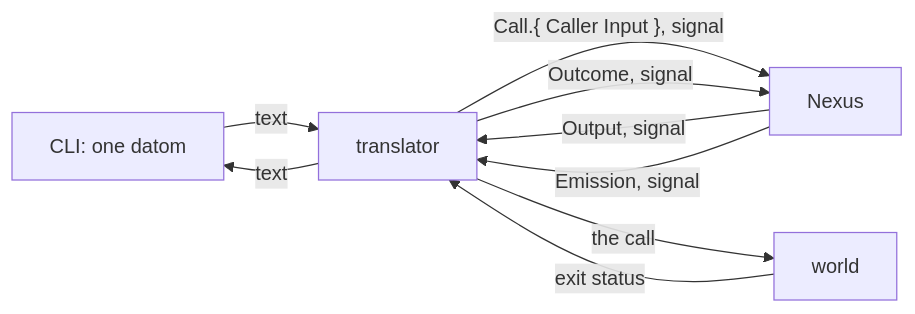
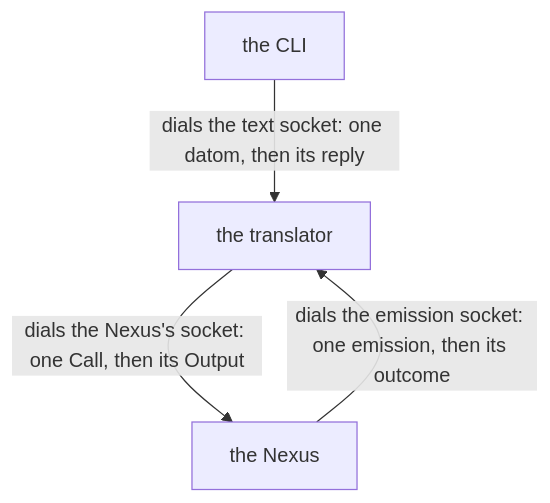
One commit to LiGoldragon/psyche-belief changed the sixth of 13 diagrams in vision/nexus/1.md. Above: the diagram before and after it, drawn with Mermaid. The commit also changed other lines of this file and 3 other files, not shown here.

First line of the commit message:
vision/nexus/1, vision/nexus/0, vision/ethos/0, vision/code/0: the translator talks for its Nexus to the world that speaks no Signal; emission, connection, CLI, trace (Translator.2, approved by the living)

````diff
--- a/vision/nexus/1.md
+++ b/vision/nexus/1.md
@@ -37,11 +115,6 @@
 ```mermaid
-flowchart LR
-    c["CLI: one datom"] -- "text" --> t["translator"]
-    t -- "Call.{ Caller Input }, signal" --> n["Nexus"]
-    n -- "Output, signal" --> t
-    t -- "text" --> c
-    n -- "Emission, signal" --> t
-    t -- "the call" --> w["world"]
-    w -- "exit status" --> t
-    t -- "Outcome, signal" --> n
+flowchart TB
+    c["the CLI"] -- "dials the text socket: one datom, then its reply" --> t["the translator"]
+    t -- "dials the Nexus's socket: one Call, then its Output" --> n["the Nexus"]
+    n -- "dials the emission socket: one emission, then its outcome" --> t
 ```
````
